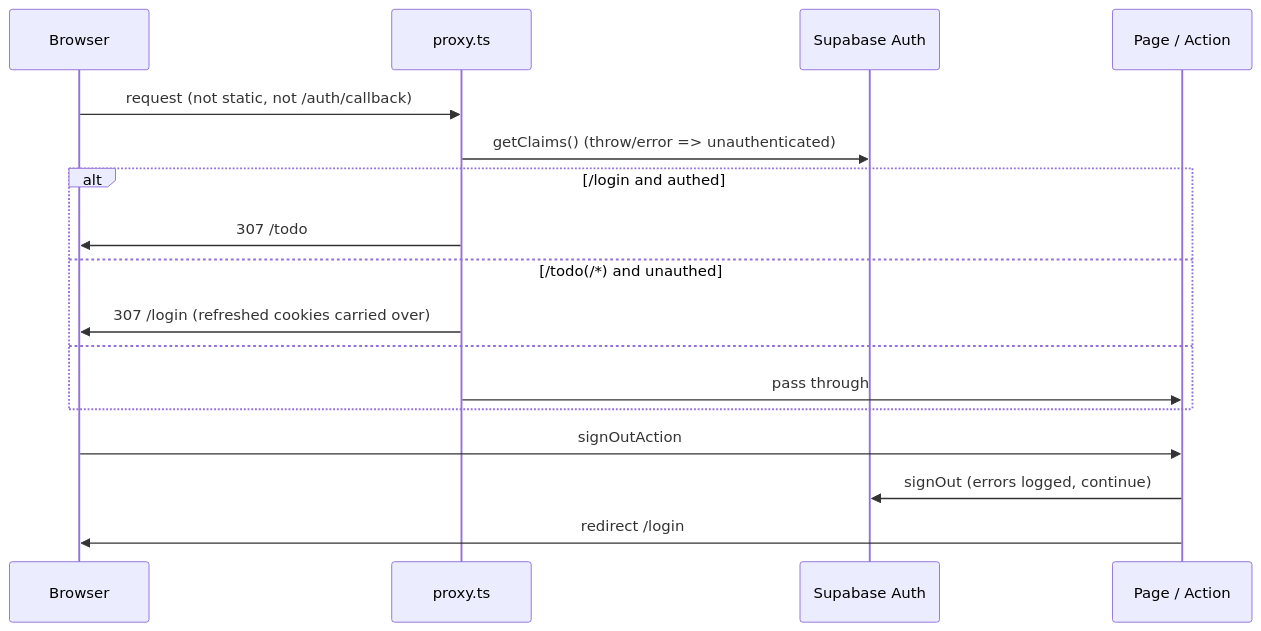
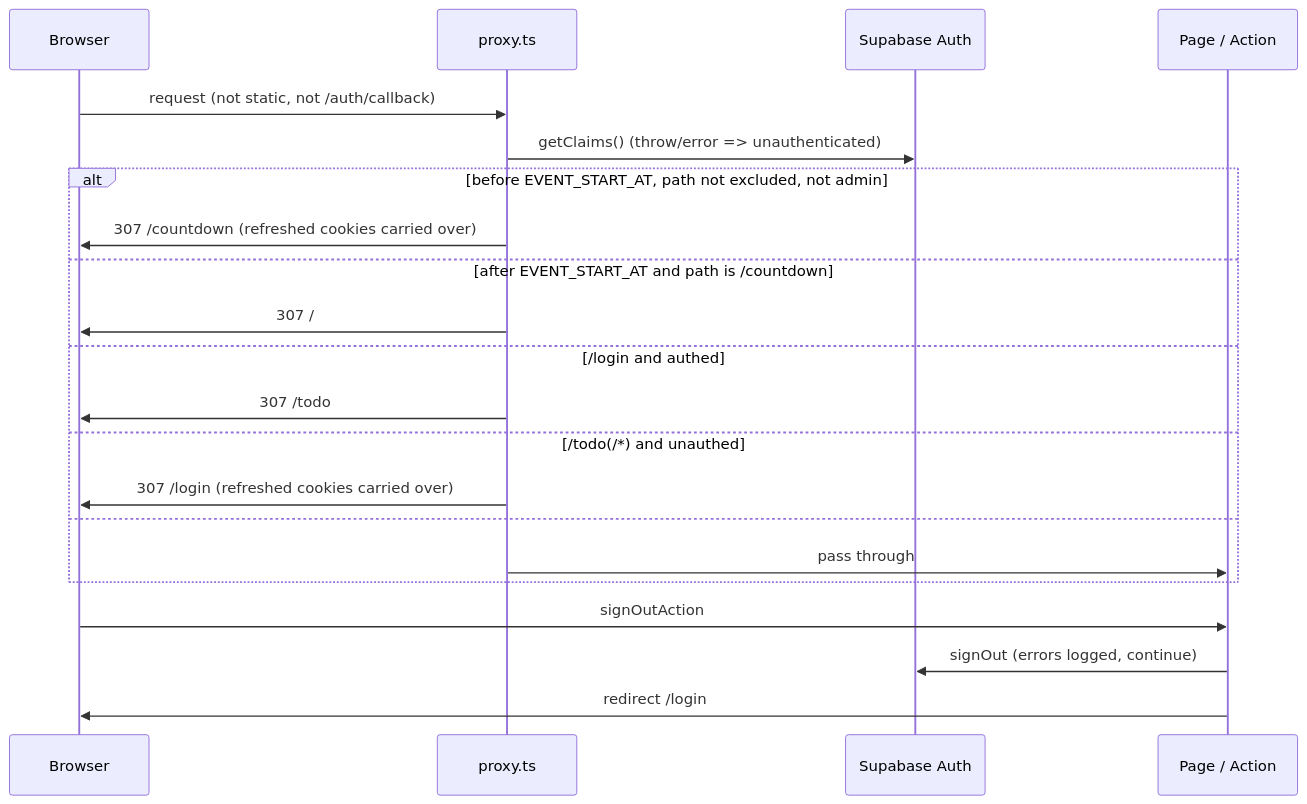
One commit to vankt-2781/mock-aidd-kudo-app changed the third of 4 diagrams in docs/system/architecture.md. Above: the diagram before and after it, drawn with Mermaid. The commit also changed other lines of this file and 12 other files, not shown here.

````diff
--- a/docs/system/architecture.md
+++ b/docs/system/architecture.md
@@ -91,20 +108,24 @@
 ```mermaid
 sequenceDiagram
     participant B as Browser
     participant PX as proxy.ts
     participant SB as Supabase Auth
     participant P as Page / Action
 
     B->>PX: request (not static, not /auth/callback)
     PX->>SB: getClaims() (throw/error => unauthenticated)
-    alt /login and authed
+    alt before EVENT_START_AT, path not excluded, not admin
+        PX->>B: 307 /countdown (refreshed cookies carried over)
+    else after EVENT_START_AT and path is /countdown
+        PX->>B: 307 /
+    else /login and authed
         PX->>B: 307 /todo
     else /todo(/*) and unauthed
         PX->>B: 307 /login (refreshed cookies carried over)
     else
         PX->>P: pass through
     end
     B->>P: signOutAction
     P->>SB: signOut (errors logged, continue)
     P->>B: redirect /login
 ```
````
